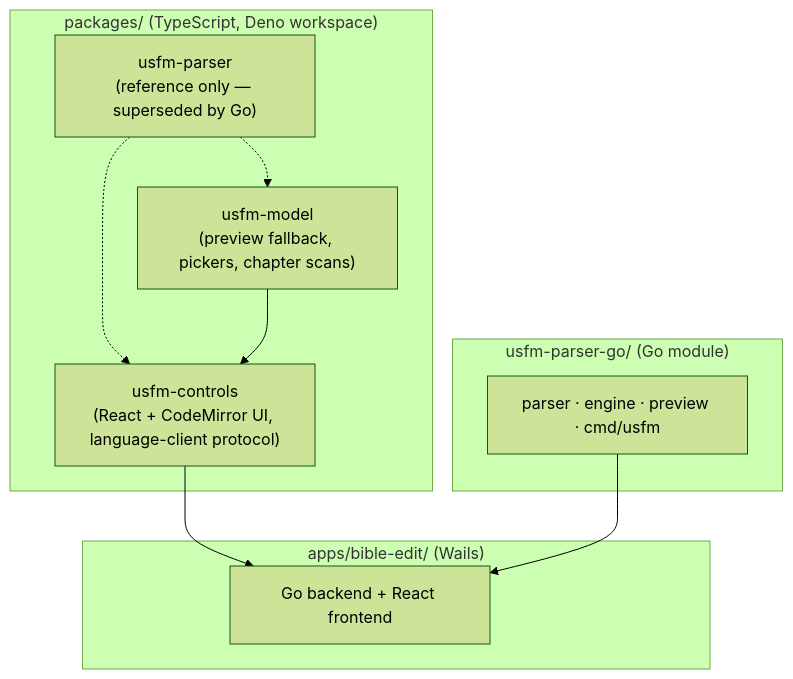
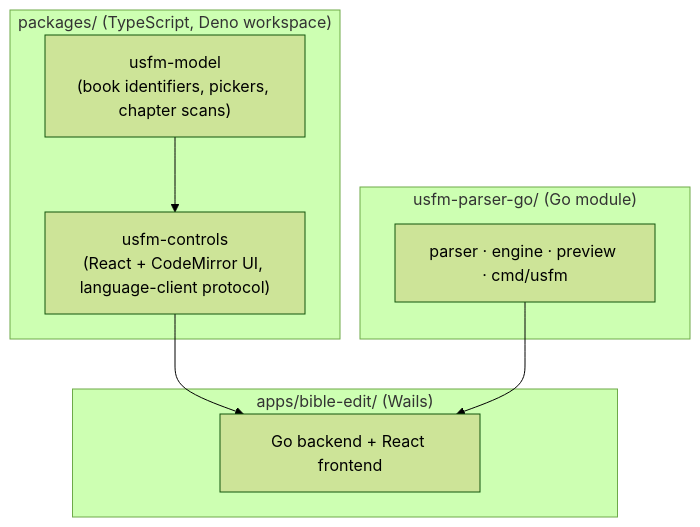
One commit to bencarnes/UsfmTools changed the diagram in README.md. Above: the diagram before and after it, drawn with Mermaid (forest theme). The commit also changed other lines of this file and 93 other files, not shown here.

First line of the commit message:
Remove the TypeScript usfm-parser (#73)

````diff
--- a/README.md
+++ b/README.md
@@ -13,19 +13,16 @@
 ```mermaid
 flowchart TB
   subgraph packages["packages/ (TypeScript, Deno workspace)"]
-    parser["usfm-parser\n(reference only — superseded by Go)"]
-    model["usfm-model\n(preview fallback, pickers, chapter scans)"]
+    model["usfm-model\n(book identifiers, pickers, chapter scans)"]
     controls["usfm-controls\n(React + CodeMirror UI, language-client protocol)"]
   end
   subgraph go["usfm-parser-go/ (Go module)"]
     engine["parser · engine · preview · cmd/usfm"]
   end
   subgraph app["apps/bible-edit/ (Wails)"]
     bibleedit["Go backend + React frontend"]
   end
-  parser -.-> model
-  parser -.-> controls
   model --> controls
   controls --> bibleedit
   engine --> bibleedit
 ```
````
